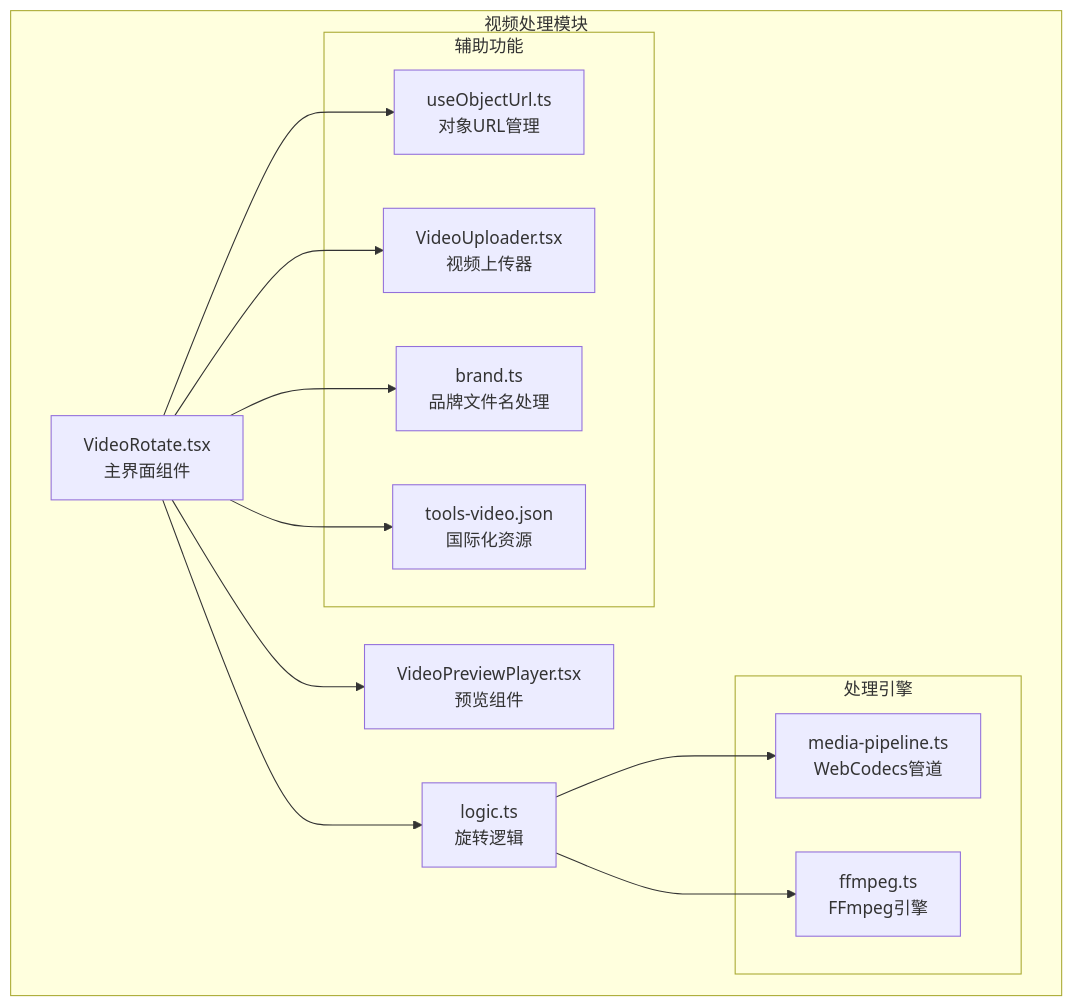
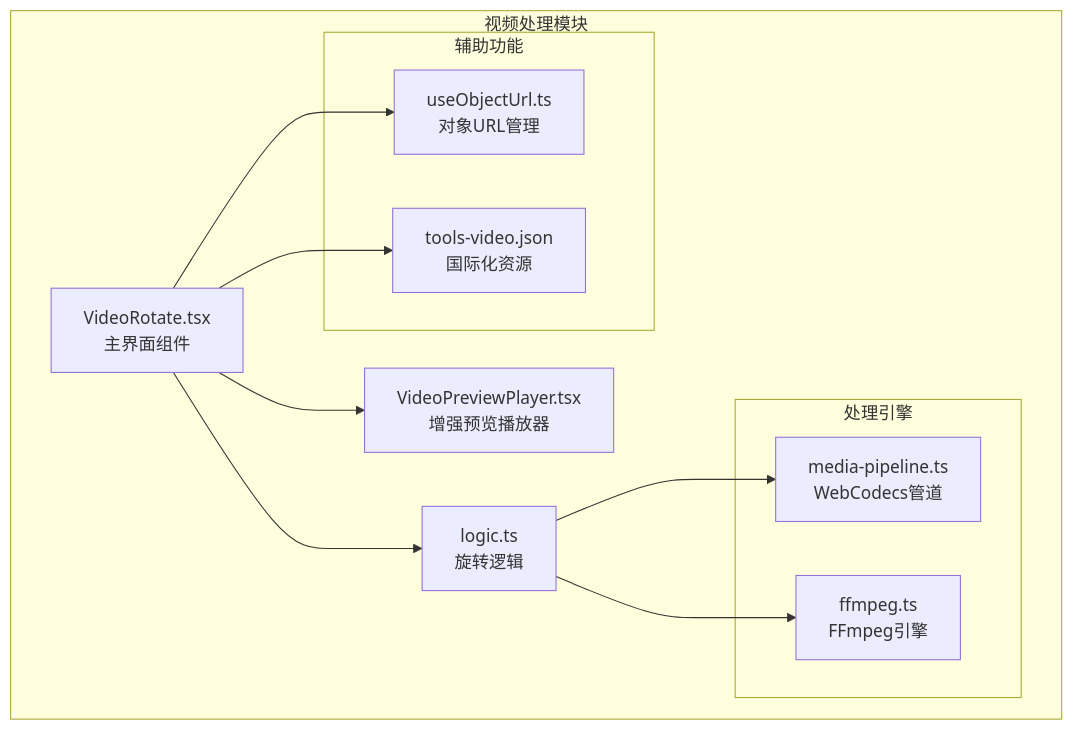
One commit to sgyy/privadeck changed the first of 9 diagrams in .qoder/repowiki/zh/content/视频工具/视频旋转工具.md. Above: the diagram before and after it, drawn with Mermaid. The commit also changed other lines of this file and 23 other files, not shown here.

````diff
--- a/.qoder/repowiki/zh/content/视频工具/视频旋转工具.md
+++ b/.qoder/repowiki/zh/content/视频工具/视频旋转工具.md
@@ -43,26 +43,22 @@
 ```mermaid
 graph TB
 subgraph "视频处理模块"
 VR[VideoRotate.tsx<br/>主界面组件]
-VPP[VideoPreviewPlayer.tsx<br/>预览组件]
+VPP[VideoPreviewPlayer.tsx<br/>增强预览播放器]
 VL[logic.ts<br/>旋转逻辑]
 subgraph "处理引擎"
 MP[media-pipeline.ts<br/>WebCodecs管道]
 FF[ffmpeg.ts<br/>FFmpeg引擎]
 end
 subgraph "辅助功能"
 UOU[useObjectUrl.ts<br/>对象URL管理]
-VU[VideoUploader.tsx<br/>视频上传器]
-BRAND[brand.ts<br/>品牌文件名处理]
 I18N[tools-video.json<br/>国际化资源]
 end
 end
 VR --> VPP
 VR --> VL
 VL --> MP
 VL --> FF
 VR --> UOU
-VR --> VU
-VR --> BRAND
 VR --> I18N
 ```
````
